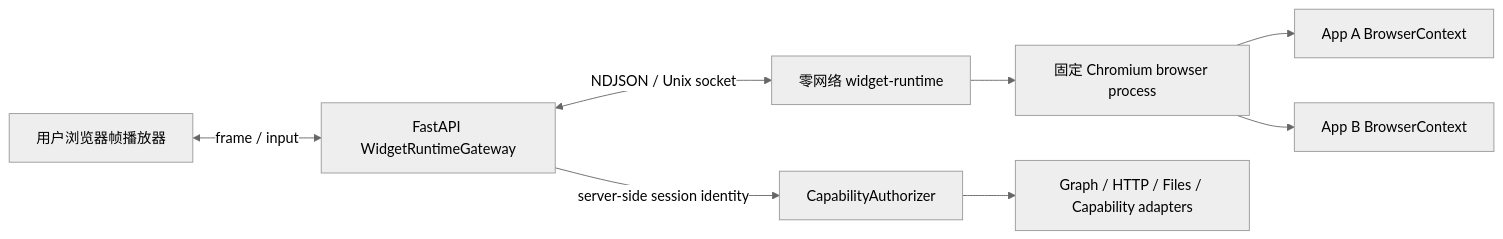
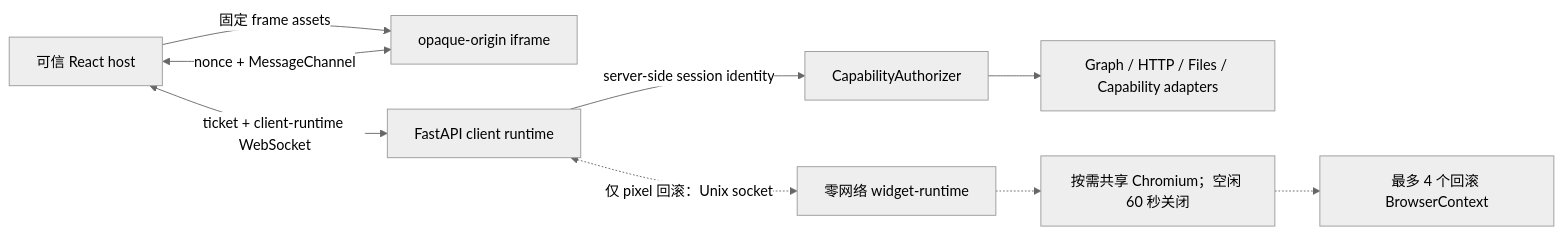
Before and after one commit to BillShiyaoZhang/ambient-agent: the sixth of 9 diagrams in docs/architecture/uml.md, drawn with Mermaid (neutral theme). The commit also changed other lines of this file and 61 other files, not shown here.

````diff
--- a/docs/architecture/uml.md
+++ b/docs/architecture/uml.md
@@ -184,10 +184,11 @@
 ```mermaid
 flowchart LR
-    Player[用户浏览器帧播放器] <-->|frame / input| Gateway[FastAPI WidgetRuntimeGateway]
-    Gateway <-->|NDJSON / Unix socket| Supervisor[零网络 widget-runtime]
-    Supervisor --> Chromium[固定 Chromium browser process]
-    Chromium --> A[App A BrowserContext]
-    Chromium --> B[App B BrowserContext]
+    Host[可信 React host] -->|固定 frame assets| Frame[opaque-origin iframe]
+    Host <-->|nonce + MessageChannel| Frame
+    Host <-->|ticket + client-runtime WebSocket| Gateway[FastAPI client runtime]
     Gateway -->|server-side session identity| Authorizer[CapabilityAuthorizer]
     Authorizer --> Adapters[Graph / HTTP / Files / Capability adapters]
+    Gateway <-.->|仅 pixel 回滚：Unix socket| Supervisor[零网络 widget-runtime]
+    Supervisor -.-> Chromium["按需共享 Chromium；空闲 60 秒关闭"]
+    Chromium -.-> Contexts[最多 4 个回滚 BrowserContext]
 ```
````
